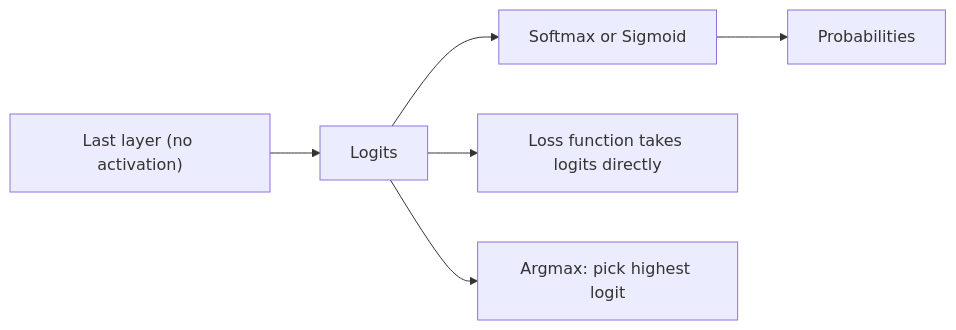
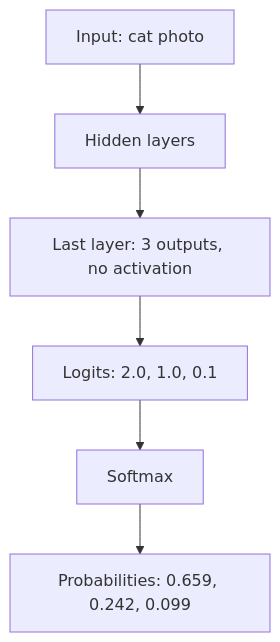
Before and after one commit to kaisarnajar/outcome-school-blogs: the first of 3 diagrams in notes/step-02-deep-learning-and-neural-networks/027-logits-in-machine-learning.md, drawn with Mermaid. The commit also changed other lines of this file and 233 other files, not shown here.

````diff
--- a/notes/step-02-deep-learning-and-neural-networks/027-logits-in-machine-learning.md
+++ b/notes/step-02-deep-learning-and-neural-networks/027-logits-in-machine-learning.md
@@ -39,8 +63,8 @@
 ```mermaid
-flowchart LR
-    A["Last layer (no activation)"] --> B["Logits"]
-    B --> C["Softmax or Sigmoid"]
-    C --> D["Probabilities"]
-    B --> E["Loss function takes logits directly"]
-    B --> F["Argmax: pick highest logit"]
+flowchart TD
+    A["Input: cat photo"] --> B["Hidden layers"]
+    B --> C["Last layer: 3 outputs, no activation"]
+    C --> D["Logits: 2.0, 1.0, 0.1"]
+    D --> E["Softmax"]
+    E --> F["Probabilities: 0.659, 0.242, 0.099"]
 ```
````
